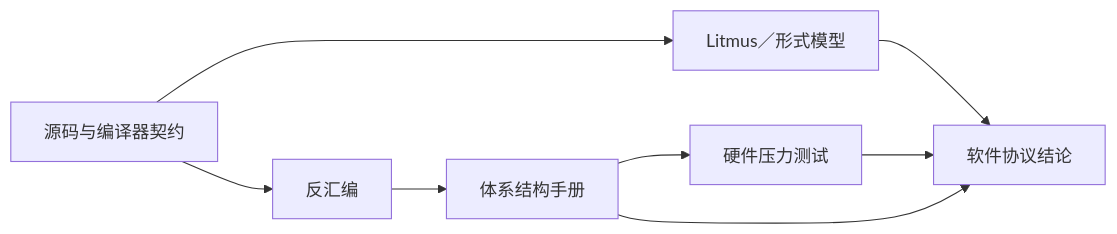
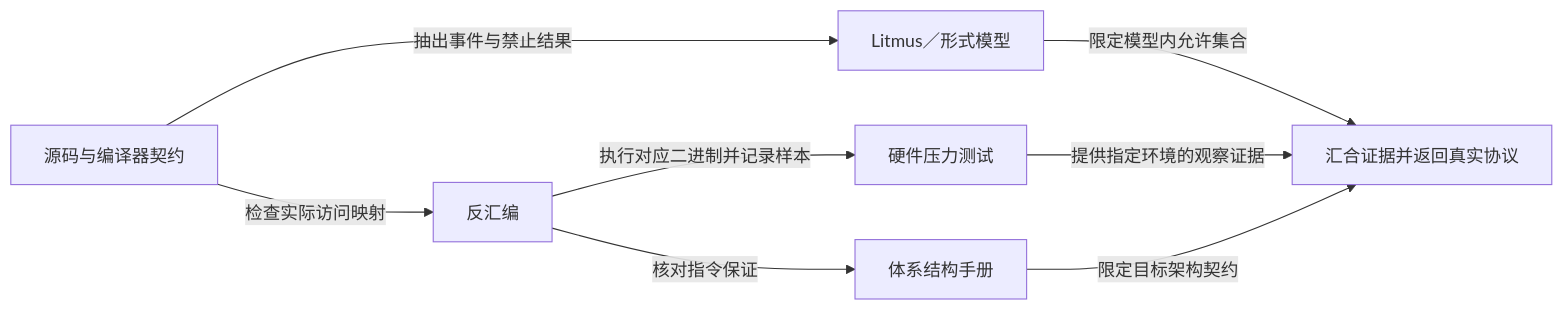
Before and after one commit to FormingSystem/linux_note: the diagram in knowledge/foundations/computer_architecture/memory_ordering/P07_反汇编_压力测试与形式化验证边界.md, drawn with Mermaid. The commit also changed other lines of this file and 9 other files, not shown here.

First line of the commit message:
content(architecture/memory): 完善内存顺序推导与编译证据边界

````diff
--- a/knowledge/foundations/computer_architecture/memory_ordering/P07_反汇编_压力测试与形式化验证边界.md
+++ b/knowledge/foundations/computer_architecture/memory_ordering/P07_反汇编_压力测试与形式化验证边界.md
@@ -21,10 +21,10 @@
 ```mermaid
 flowchart LR
-    C[源码与编译器契约] --> A[反汇编]
-    A --> I[体系结构手册]
-    I --> H[硬件压力测试]
-    C --> L[Litmus／形式模型]
-    L --> P[软件协议结论]
-    H --> P
-    I --> P
+    C[源码与编译器契约] -->|检查实际访问映射| A[反汇编]
+    A -->|核对指令保证| I[体系结构手册]
+    C -->|抽出事件与禁止结果| L[Litmus／形式模型]
+    A -->|执行对应二进制并记录样本| H[硬件压力测试]
+    L -->|限定模型内允许集合| P[汇合证据并返回真实协议]
+    H -->|提供指定环境的观察证据| P
+    I -->|限定目标架构契约| P
 ```
````
